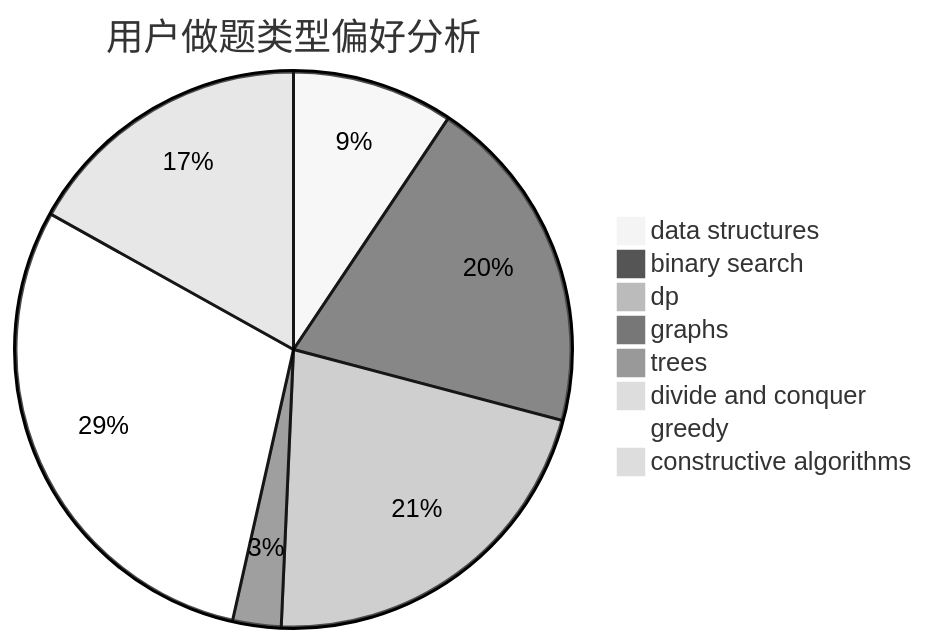
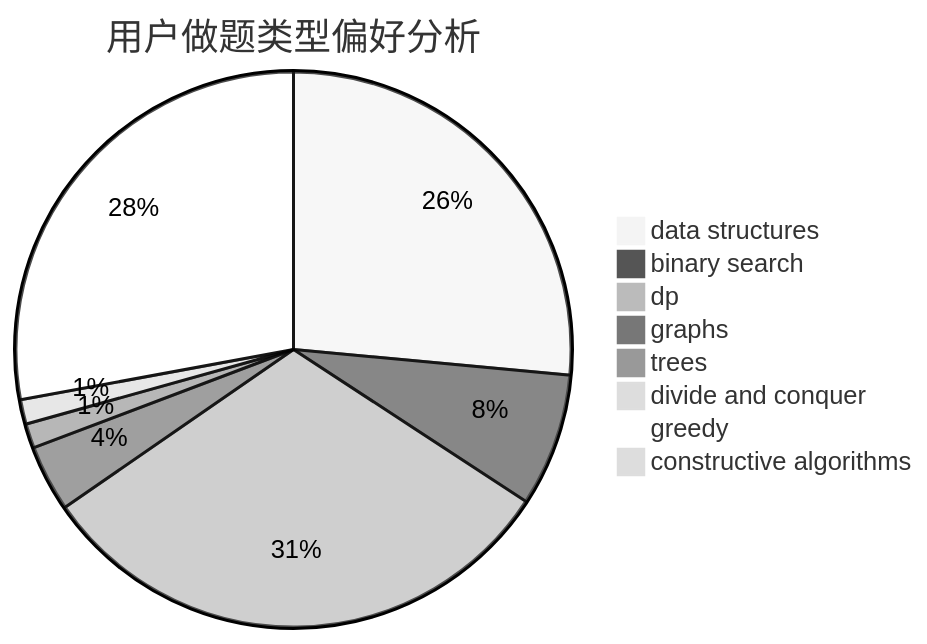
The second of 3 diagrams in docs/user/u1392.md (sherpahu/cfrs.github.io), drawn with Mermaid (neutral theme) before and after one commit. The commit also changed other lines of this file and 2770 other files, not shown here.

````diff
--- a/docs/user/u1392.md
+++ b/docs/user/u1392.md
@@ -23,11 +23,11 @@
 ```mermaid
 pie title 用户做题类型偏好分析
-    "data structures" :  20
-    "binary search" :  42
-    "dp" :  46
-    "graphs" :  6
-    "trees" :  1
-    "divide and conquer" :  0
-    "greedy" :  63
-    "constructive algorithms" :  36
+    "data structures" :  130
+    "binary search" :  38
+    "dp" :  153
+    "graphs" :  19
+    "trees" :  7
+    "divide and conquer" :  7
+    "greedy" :  137
+    "constructive algorithms" :  2
 ```
````
